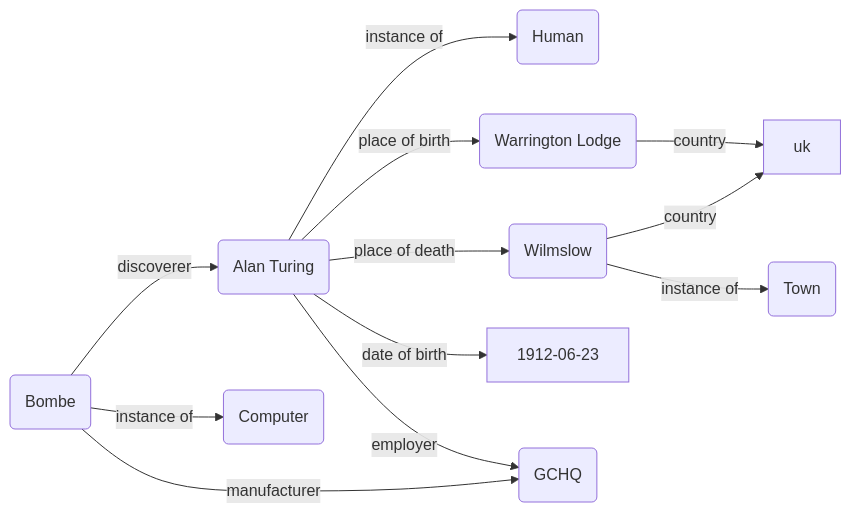
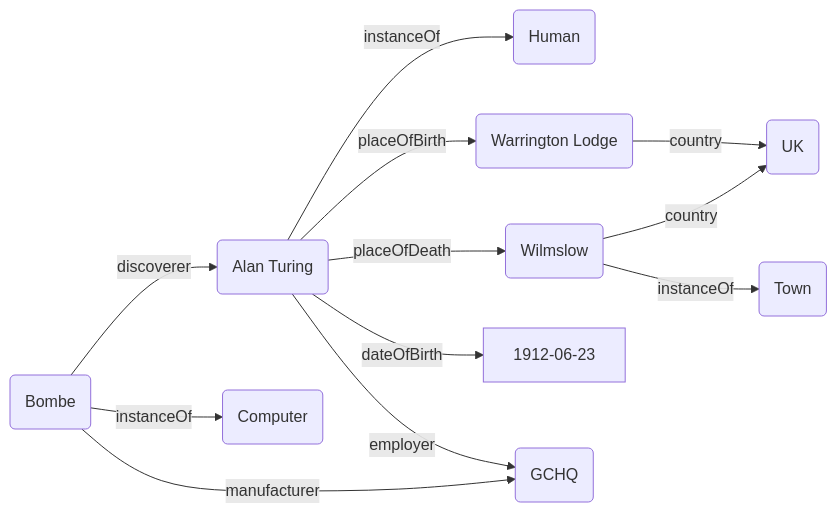
One commit to angelip2303/tfg changed the fifth of 13 diagrams in slides/slides.md. Above: the diagram before and after it, drawn with Mermaid. The commit also changed other lines of this file and 9 other files, not shown here.

````diff
--- a/slides/slides.md
+++ b/slides/slides.md
@@ -277,15 +289,15 @@
 ```mermaid
 flowchart LR
     alan(Alan Turing)
-    alan -->|instance of| human(Human)
-    alan -->|place of birth| warrington(Warrington Lodge)
-    alan -->|place of death| wilmslow(Wilmslow)
-    alan -->|date of birth| 1912-06-23
+    alan -->|instanceOf| human(Human)
+    alan -->|placeOfBirth| warrington(Warrington Lodge)
+    alan -->|placeOfDeath| wilmslow(Wilmslow)
+    alan -->|dateOfBirth| 1912-06-23
     alan -->|employer| gchq(GCHQ)
     bombe(Bombe) -->|discoverer| alan
-    bombe -->|instance of| computer(Computer)
+    bombe -->|instanceOf| computer(Computer)
     bombe -->|manufacturer| gchq(GCHQ)
-    warrington -->|country| uk
-    wilmslow -->|country| uk
-    wilmslow -->|instance of| town(Town)
+    warrington -->|country| UK(UK)
+    wilmslow -->|country| UK
+    wilmslow -->|instanceOf| town(Town)
 ```
````
